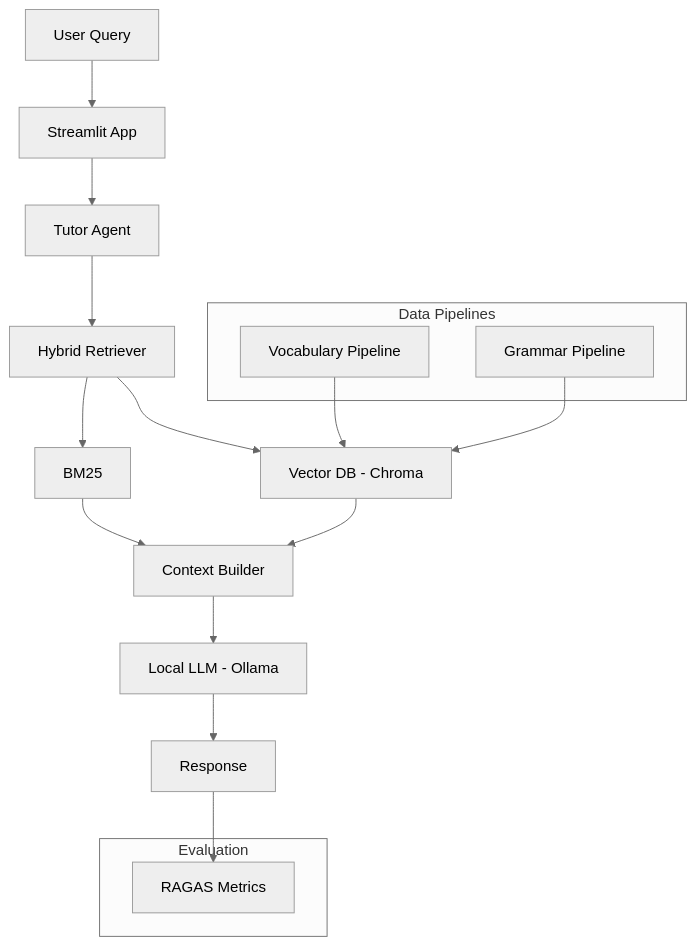
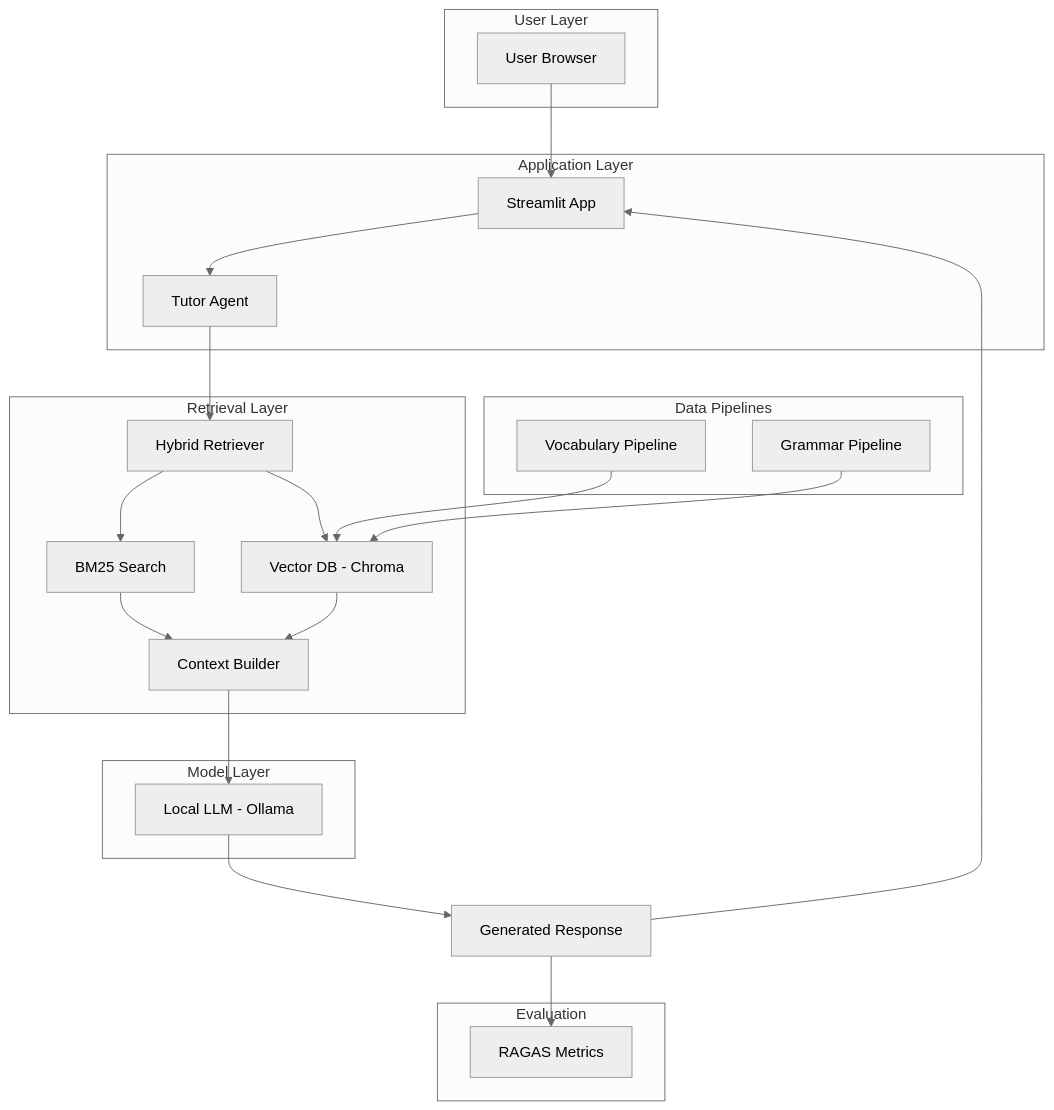
Before and after one commit to Doria-Felipe/tutor_llm_agent: the diagram in documentation.md, drawn with Mermaid (neutral theme).

Commit message:
Updating documentation to add deployment in the architecture

````diff
--- a/documentation.md
+++ b/documentation.md
@@ -45,31 +45,52 @@
 ```mermaid
 flowchart TD
 
-A[User Query] --> B[Streamlit App]
-B --> C[Tutor Agent]
+subgraph User Layer
+A[User Browser]
+end
 
-C --> D[Hybrid Retriever]
-D --> E[BM25]
-D --> F[Vector DB - Chroma]
+subgraph Application Layer
+B[Streamlit App]
+C[Tutor Agent]
+end
 
-E --> G[Context Builder]
-F --> G
+subgraph Retrieval Layer
+D[Hybrid Retriever]
+E[BM25 Search]
+F[Vector DB - Chroma]
+G[Context Builder]
+end
 
-G --> H[Local LLM - Ollama]
-
-H --> I[Response]
+subgraph Model Layer
+H[Local LLM - Ollama]
+end
 
 subgraph Data Pipelines
 J[Vocabulary Pipeline]
 K[Grammar Pipeline]
 end
 
-J --> F
-K --> F
-
 subgraph Evaluation
 L[RAGAS Metrics]
 end
 
+A --> B
+B --> C
+
+C --> D
+D --> E
+D --> F
+
+E --> G
+F --> G
+
+G --> H
+H --> I[Generated Response]
+
+I --> B
+
+J --> F
+K --> F
+
 I --> L
 ```
````
